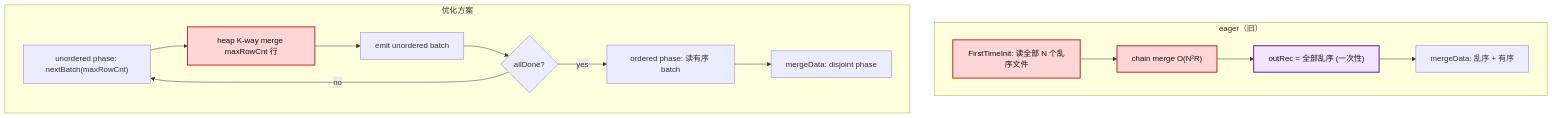
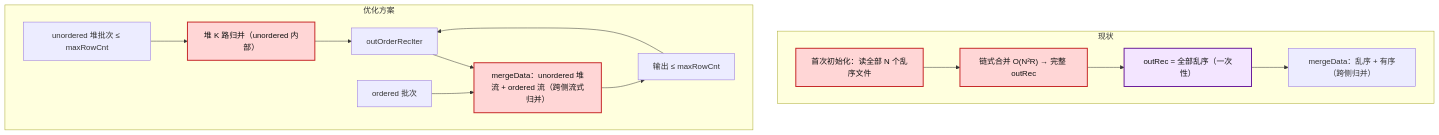
One commit to zhiwangdu/openGemini changed the fourth of 5 diagrams in tsmMergeCursor_unordered_merge_proposal.md. Above: the diagram before and after it, drawn with Mermaid. The commit also changed other lines of this file and 3 other files, not shown here.

````diff
--- a/tsmMergeCursor_unordered_merge_proposal.md
+++ b/tsmMergeCursor_unordered_merge_proposal.md
@@ -362,22 +378,23 @@
 ```mermaid
 flowchart TD
-    subgraph OLD["eager（旧）"]
-        OB["FirstTimeInit: 读全部 N 个乱序文件"] --> OC["chain merge O(N²R)"]
-        OC --> OD["outRec = 全部乱序 (一次性)"]
-        OD --> OE["mergeData: 乱序 + 有序"]
+    subgraph OLD["现状"]
+        OB["首次初始化：读全部 N 个乱序文件"] --> OC["链式合并 O(N²R) → 完整 outRec"]
+        OC --> OD["outRec = 全部乱序（一次性）"]
+        OD --> OE["mergeData：乱序 + 有序（跨侧归并）"]
     end
     subgraph NEW["优化方案"]
-        NB["unordered phase: nextBatch(maxRowCnt)"] --> NC["heap K-way merge maxRowCnt 行"]
-        NC --> ND["emit unordered batch"]
-        ND --> NE{"allDone?"}
-        NE -- "no" --> NB
-        NE -- "yes" --> NF["ordered phase: 读有序 batch"]
-        NF --> NG["mergeData: disjoint phase"]
+        NB["unordered 堆批次 ≤ maxRowCnt"] --> NC["堆 K 路归并（unordered 内部）"]
+        NC --> ND["outOrderRecIter"]
+        ND --> NE["mergeData：unordered 堆流 + ordered 流（跨侧流式归并）"]
+        NF["ordered 批次"] --> NE
+        NE --> OUT["输出 ≤ maxRowCnt"]
+        OUT --> ND
     end
     OB:::hot
     OC:::hot
     OD:::mem
     NC:::hot
+    NE:::hot
     classDef hot fill:#ffd6d6,stroke:#c62828,stroke-width:2px,color:#111;
     classDef mem fill:#f3e5ff,stroke:#6a1b9a,stroke-width:2px,color:#111;
 ```
````
